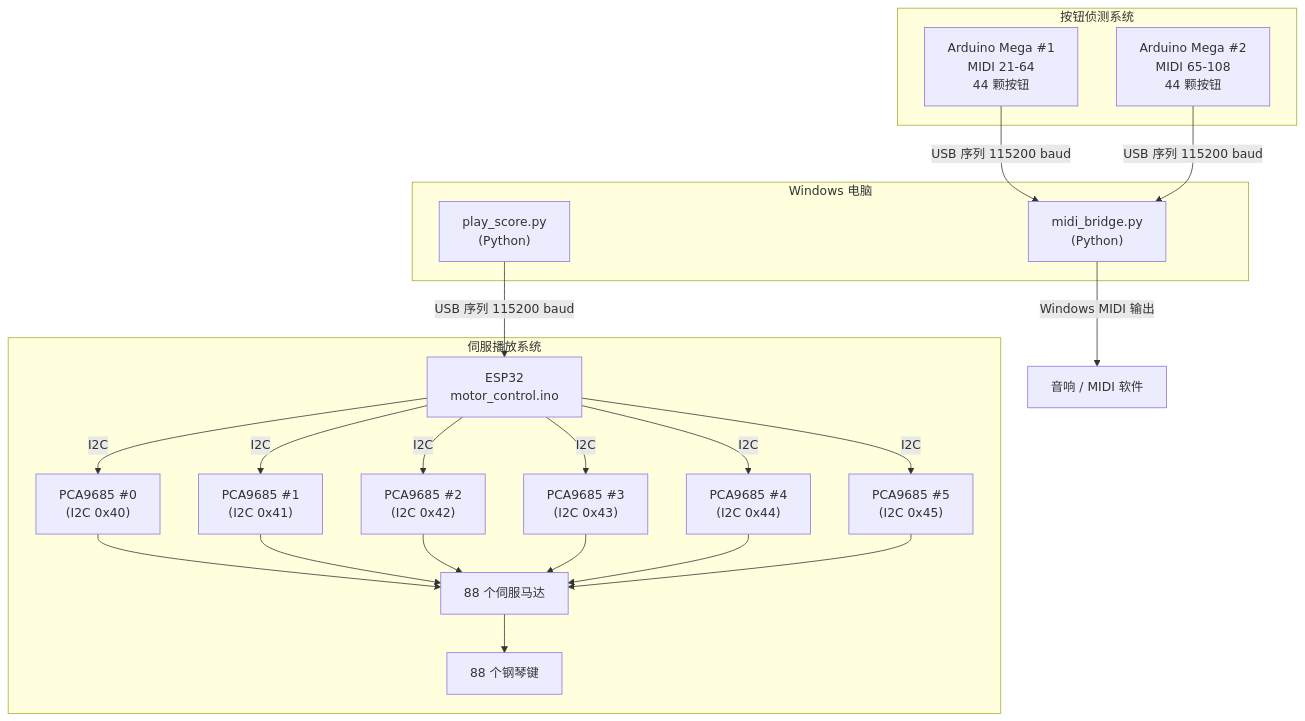
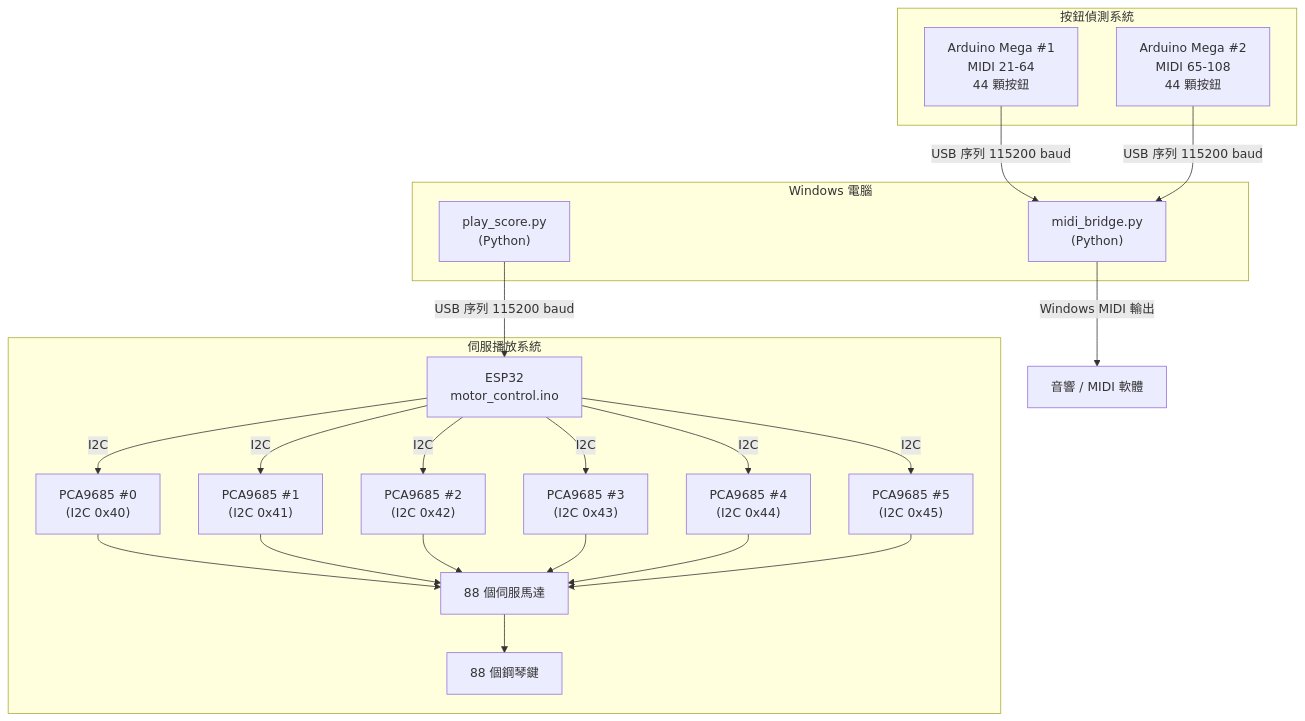
The third of 14 diagrams in README.md (wjmmmwjj/auto_piano), drawn with Mermaid before and after one commit. The commit also changed other lines of this file, not shown here.

Commit message:
README: 改為繁體中文版本，含安裝教學與完整流程圖

````diff
--- a/README.md
+++ b/README.md
@@ -307,43 +307,43 @@
 ```mermaid
 flowchart TD
-    subgraph "Windows 电脑"
+    subgraph "Windows 電腦"
         A["play_score.py\n(Python)"]
         B["midi_bridge.py\n(Python)"]
     end
 
-    subgraph "伺服播放系统"
+    subgraph "伺服播放系統"
         C["ESP32\nmotor_control.ino"]
         D["PCA9685 #0\n(I2C 0x40)"]
         E["PCA9685 #1\n(I2C 0x41)"]
         F["PCA9685 #2\n(I2C 0x42)"]
         G["PCA9685 #3\n(I2C 0x43)"]
         H["PCA9685 #4\n(I2C 0x44)"]
         I["PCA9685 #5\n(I2C 0x45)"]
-        J["88 个伺服马达"]
-        K["88 个钢琴键"]
+        J["88 個伺服馬達"]
+        K["88 個鋼琴鍵"]
     end
 
-    subgraph "按钮侦测系统"
-        L["Arduino Mega #1\nMIDI 21-64\n44 颗按钮"]
-        M["Arduino Mega #2\nMIDI 65-108\n44 颗按钮"]
+    subgraph "按鈕偵測系統"
+        L["Arduino Mega #1\nMIDI 21-64\n44 顆按鈕"]
+        M["Arduino Mega #2\nMIDI 65-108\n44 顆按鈕"]
     end
 
     A -->|"USB 序列 115200 baud"| C
     C -->|"I2C"| D
     C -->|"I2C"| E
     C -->|"I2C"| F
     C -->|"I2C"| G
     C -->|"I2C"| H
     C -->|"I2C"| I
     D --> J
     E --> J
     F --> J
     G --> J
     H --> J
     I --> J
     J --> K
 
     L -->|"USB 序列 115200 baud"| B
     M -->|"USB 序列 115200 baud"| B
-    B -->|"Windows MIDI 输出"| N["音响 / MIDI 软件"]
+    B -->|"Windows MIDI 輸出"| N["音響 / MIDI 軟體"]
 ```
````
